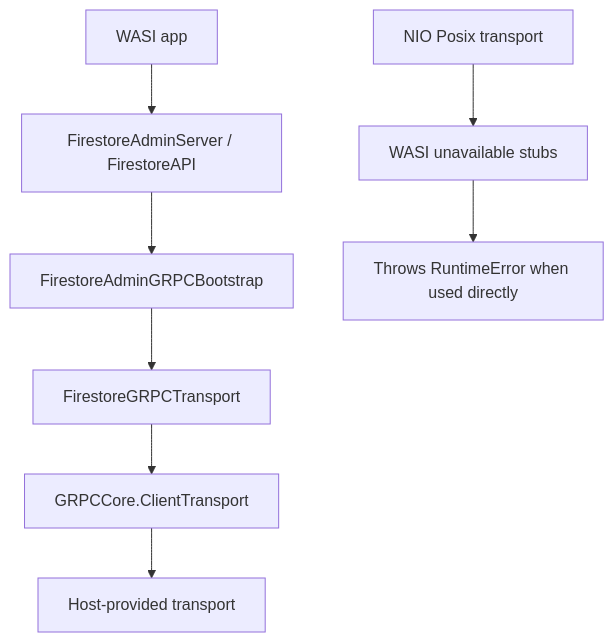
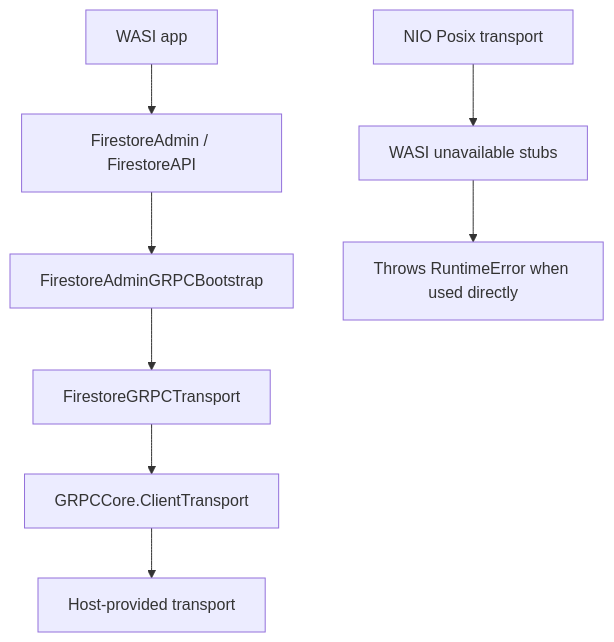
Before and after one commit to 1amageek/FirebaseAPI: the diagram in docs/FirestoreWasmBoundary.md, drawn with Mermaid. The commit also changed other lines of this file and 44 other files, not shown here.

````diff
--- a/docs/FirestoreWasmBoundary.md
+++ b/docs/FirestoreWasmBoundary.md
@@ -49,11 +49,11 @@
 ```mermaid
 flowchart TD
-  A["WASI app"] --> B["FirestoreAdminServer / FirestoreAPI"]
+  A["WASI app"] --> B["FirestoreAdmin / FirestoreAPI"]
   B --> C["FirestoreAdminGRPCBootstrap"]
   C --> D["FirestoreGRPCTransport"]
   D --> E["GRPCCore.ClientTransport"]
   E --> F["Host-provided transport"]
 
   G["NIO Posix transport"] --> H["WASI unavailable stubs"]
   H --> I["Throws RuntimeError when used directly"]
 ```
````
